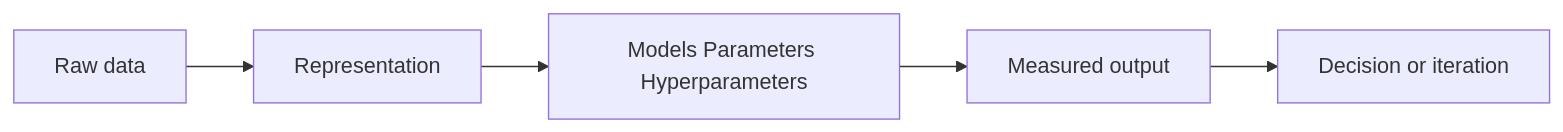
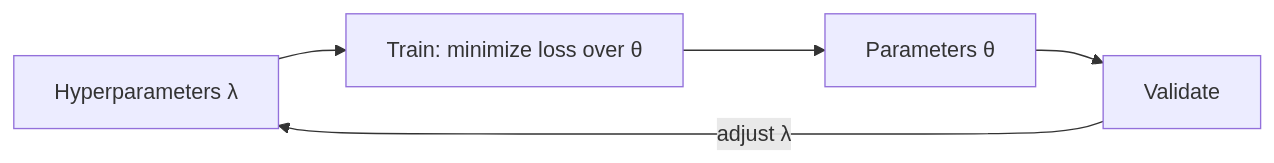
One commit to Icon1cc/Machine-Learning changed the diagram in fundamentals/07-models-parameters-hyperparameters.md. Above: the diagram before and after it, drawn with Mermaid. The commit also changed other lines of this file and 264 other files, not shown here.

````diff
--- a/fundamentals/07-models-parameters-hyperparameters.md
+++ b/fundamentals/07-models-parameters-hyperparameters.md
@@ -92,7 +56,7 @@
 ```mermaid
 flowchart LR
-    A[Raw data] --> B[Representation]
-    B --> C[Models Parameters Hyperparameters]
-    C --> D[Measured output]
-    D --> E[Decision or iteration]
+    H[Hyperparameters λ] --> Tr[Train: minimize loss over θ]
+    Tr --> P[Parameters θ]
+    P --> V[Validate]
+    V -->|adjust λ| H
 ```
````
